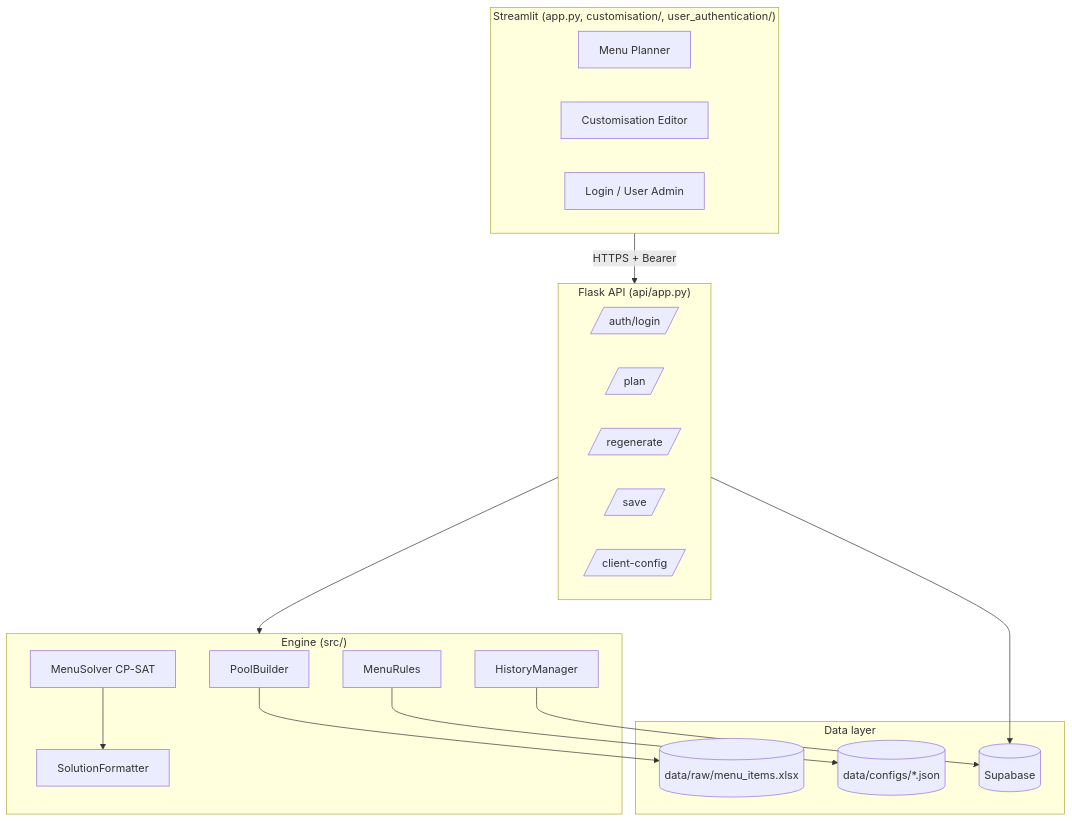
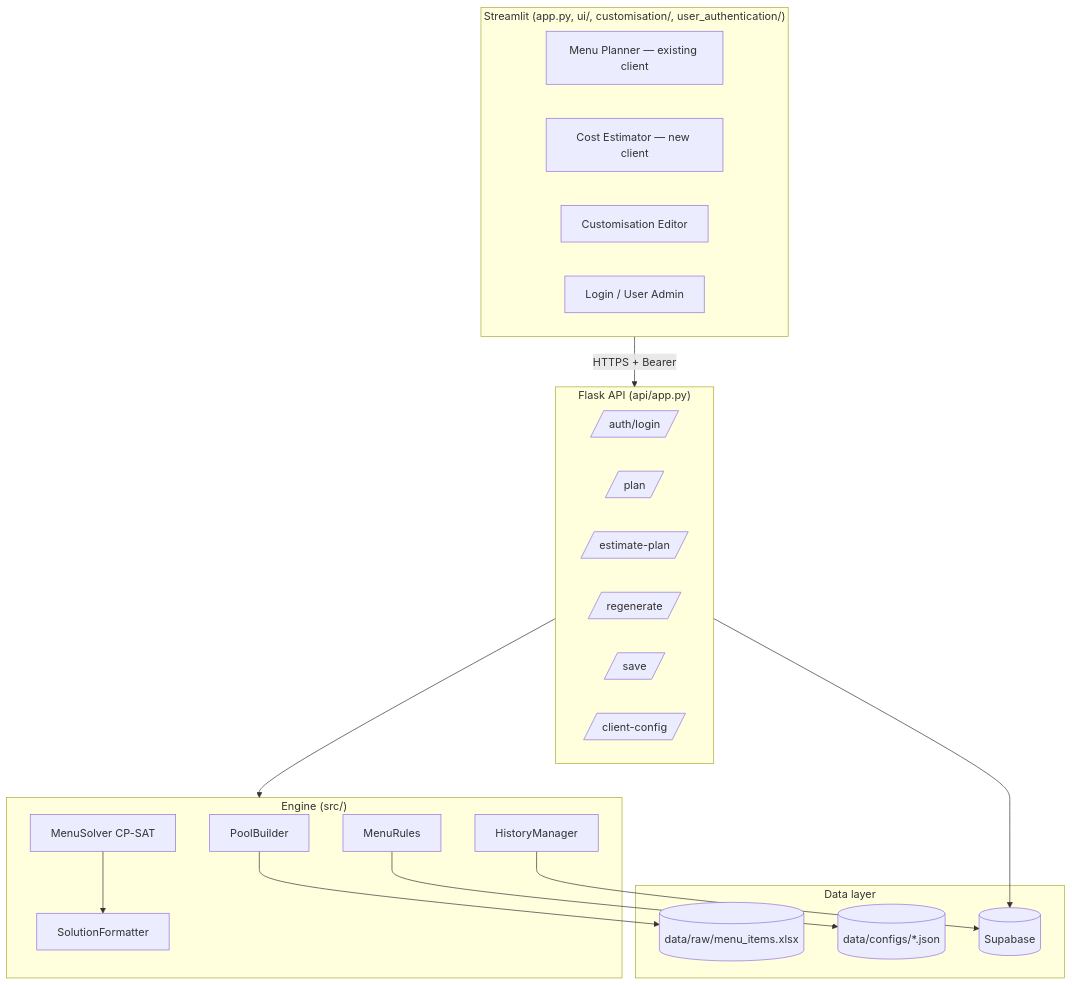
The first of 5 diagrams in docs/architecture.md (darshancmpawar/overall_food_costing), drawn with Mermaid before and after one commit. The commit also changed other lines of this file and 20 other files, not shown here.

First line of the commit message:
Retheme to Pulse and add a Cost Estimator mode

````diff
--- a/docs/architecture.md
+++ b/docs/architecture.md
@@ -3,38 +3,40 @@
 ```mermaid
 graph TD
-    subgraph UI ["Streamlit (app.py, customisation/, user_authentication/)"]
-        MP[Menu Planner]
+    subgraph UI ["Streamlit (app.py, ui/, customisation/, user_authentication/)"]
+        MP[Menu Planner — existing client]
+        EST[Cost Estimator — new client]
         CE[Customisation Editor]
         AU[Login / User Admin]
     end
 
     subgraph API ["Flask API (api/app.py)"]
         AUTH[/auth/login/]
         PLAN[/plan/]
+        EPLAN[/estimate-plan/]
         REGEN[/regenerate/]
         SAVE[/save/]
         CONFIG[/client-config/]
     end
 
     subgraph Core ["Engine (src/)"]
         POOLS[PoolBuilder]
         SOLVER[MenuSolver CP-SAT]
         RULES[MenuRules]
         HIST[HistoryManager]
         FMT[SolutionFormatter]
     end
 
     subgraph Data ["Data layer"]
         XLS[(data/raw/menu_items.xlsx)]
         CFG[(data/configs/*.json)]
         SUPA[(Supabase)]
     end
 
     UI -- HTTPS + Bearer --> API
     API --> Core
     POOLS --> XLS
     RULES --> CFG
     HIST --> SUPA
     SOLVER --> FMT
     API --> SUPA
 ```
````
